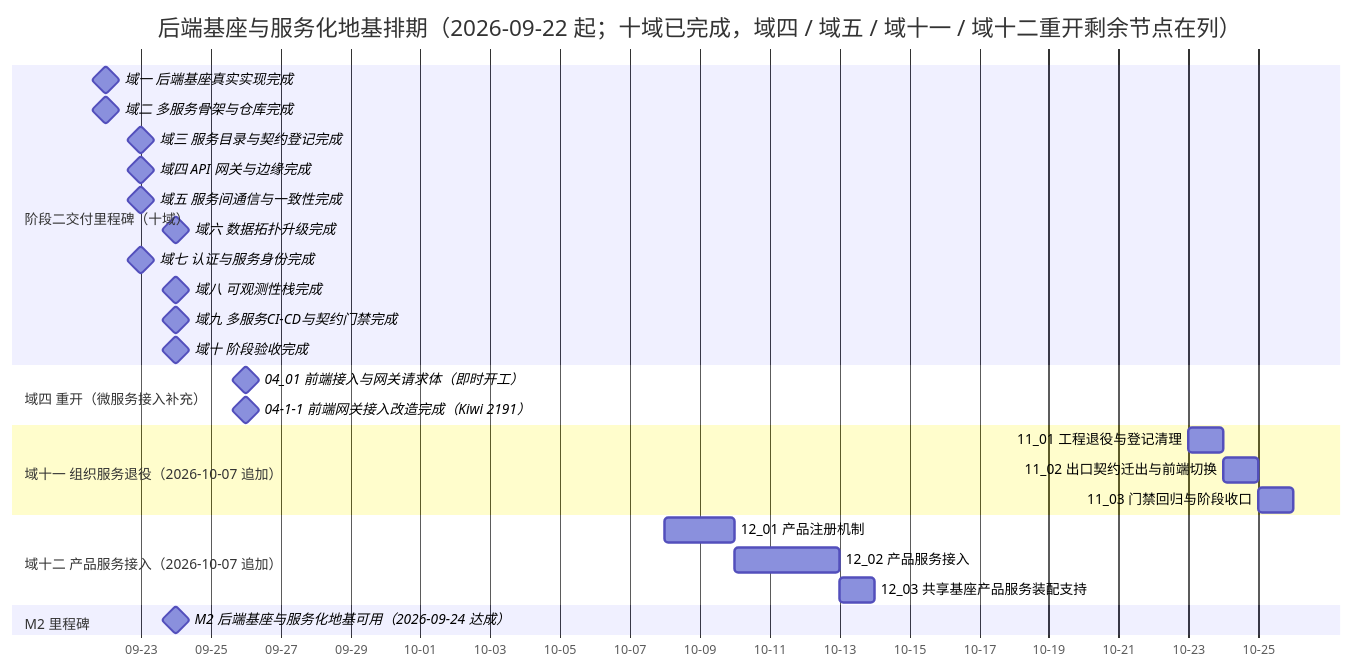
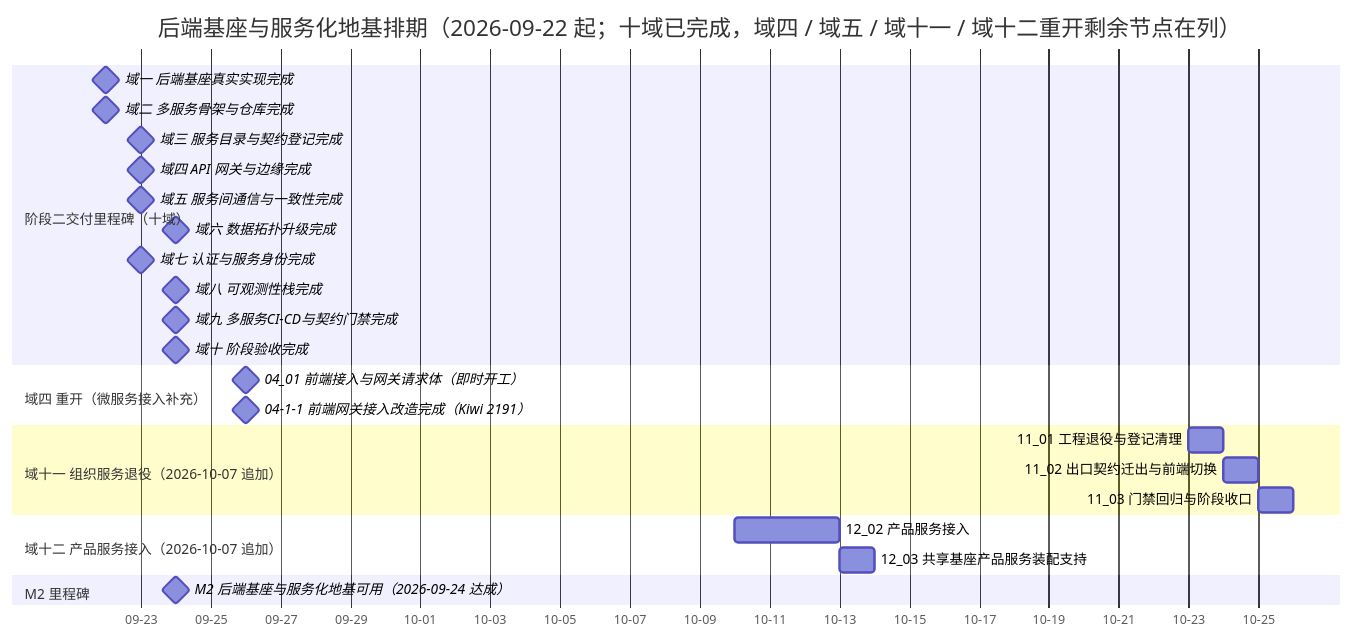
The diagram in bms文档/项目/02_后端基座与服务化地基/计划/01_计划_后端基座与服务化地基.md (minjian123/basic-management-system), drawn with Mermaid before and after one commit. The commit also changed other lines of this file and 3 other files, not shown here.

````diff
--- a/bms文档/项目/02_后端基座与服务化地基/计划/01_计划_后端基座与服务化地基.md
+++ b/bms文档/项目/02_后端基座与服务化地基/计划/01_计划_后端基座与服务化地基.md
@@ -71,30 +71,29 @@
 ```mermaid
 gantt
     title 后端基座与服务化地基排期（2026-09-22 起；十域已完成，域四 / 域五 / 域十一 / 域十二重开剩余节点在列）
     dateFormat  YYYY-MM-DD
     axisFormat %m-%d
     section 阶段二交付里程碑（十域）
     域一 后端基座真实实现完成 :milestone, m01, 2026-09-22, 0d
     域二 多服务骨架与仓库完成 :milestone, m02, 2026-09-22, 0d
     域三 服务目录与契约登记完成 :milestone, m03, 2026-09-23, 0d
     域四 API 网关与边缘完成 :milestone, m04, 2026-09-23, 0d
     域五 服务间通信与一致性完成 :milestone, m05, 2026-09-23, 0d
     域六 数据拓扑升级完成 :milestone, m06, 2026-09-24, 0d
     域七 认证与服务身份完成 :milestone, m07, 2026-09-23, 0d
     域八 可观测性栈完成 :milestone, m08, 2026-09-24, 0d
     域九 多服务CI-CD与契约门禁完成 :milestone, m09, 2026-09-24, 0d
     域十 阶段验收完成 :milestone, m10, 2026-09-24, 0d
     section 域四 重开（微服务接入补充）
     04_01 前端接入与网关请求体（即时开工） :milestone, m0401x, 2026-09-26, 0d
     04-1-1 前端网关接入改造完成（Kiwi 2191） :milestone, m0401a, 2026-09-26, 0d
     section 域十一 组织服务退役（2026-10-07 追加）
     11_01 工程退役与登记清理 :m1101, 2026-10-23, 1d
     11_02 出口契约迁出与前端切换 :m1102, 2026-10-24, 1d
     11_03 门禁回归与阶段收口 :m1103, 2026-10-25, 1d
     section 域十二 产品服务接入（2026-10-07 追加）
-    12_01 产品注册机制 :m1201, 2026-10-08, 2d
     12_02 产品服务接入 :m1202, 2026-10-10, 3d
     12_03 共享基座产品服务装配支持 :m1203, 2026-10-13, 1d
     section M2 里程碑
     M2 后端基座与服务化地基可用（2026-09-24 达成） :milestone, mm2, 2026-09-24, 0d
 ```
````
